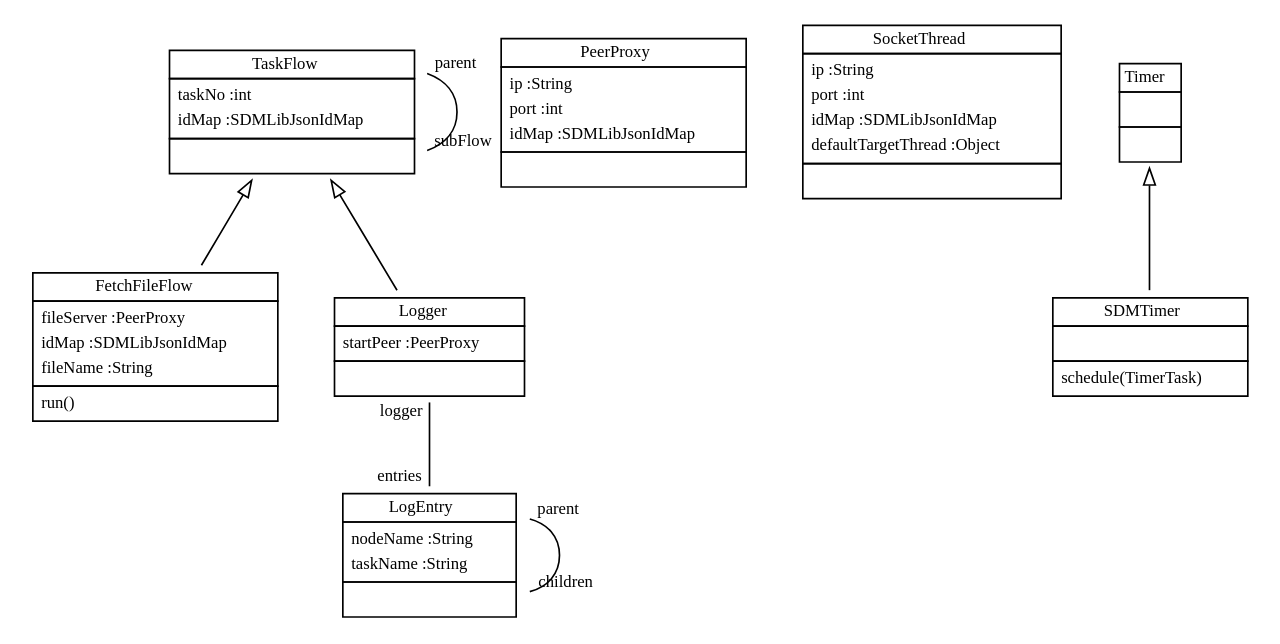
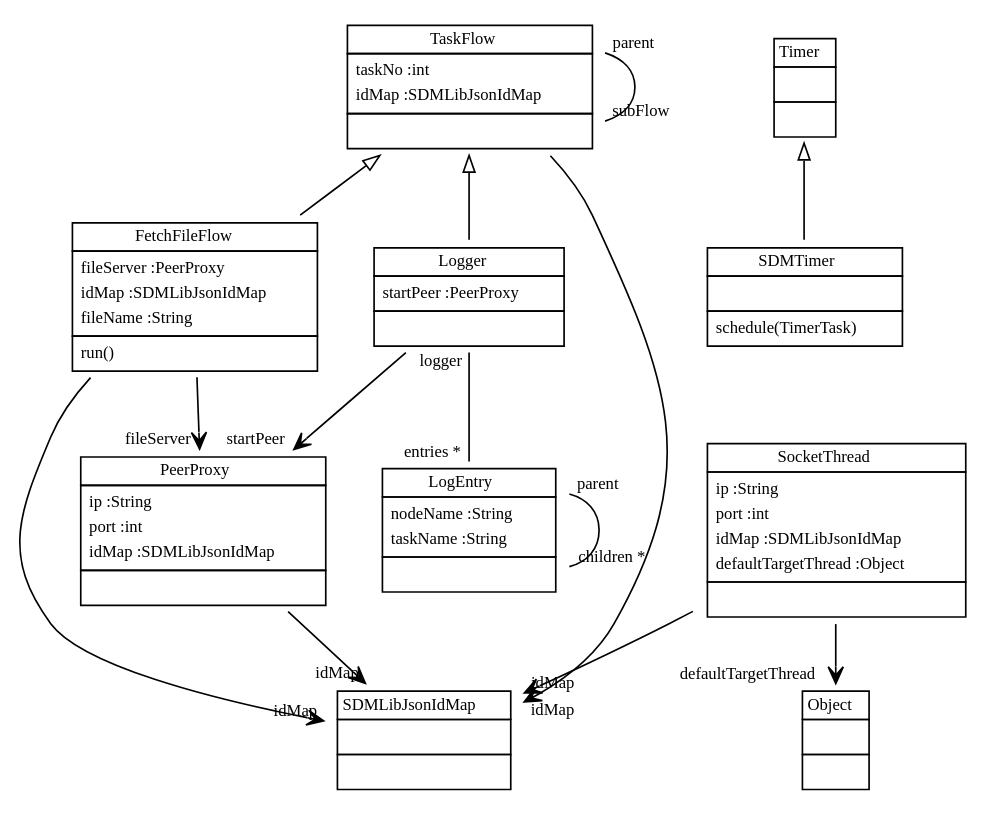
The diagram in doc/taskflowmodeldiag.dot (fujaba/SDMLib), drawn with Graphviz before and after one commit. The commit also changed 74 other files, not shown here.

```diff
--- a/doc/taskflowmodeldiag.dot
+++ b/doc/taskflowmodeldiag.dot
@@ -1,24 +1,33 @@
 
  digraph ClassDiagram {
     node [shape = none, fontsize = 10]; 
     edge [fontsize = 10];
     
     
     _TaskFlow [label=<<table border='0' cellborder='1' cellspacing='0'> <tr> <td HREF="../swtsrc/org/sdmlib/model/taskflows/TaskFlow.java">TaskFlow</td> </tr> <tr><td><table border='0' cellborder='0' cellspacing='0'> <tr><td align='left'>taskNo :int</td></tr> <tr><td align='left'>idMap :SDMLibJsonIdMap</td></tr>  </table></td></tr> <tr><td><table border='0' cellborder='0' cellspacing='0'> <tr><td> </td></tr> </table></td></tr> </table>>];
     _PeerProxy [label=<<table border='0' cellborder='1' cellspacing='0'> <tr> <td HREF="../swtsrc/org/sdmlib/model/taskflows/PeerProxy.java">PeerProxy</td> </tr> <tr><td><table border='0' cellborder='0' cellspacing='0'> <tr><td align='left'>ip :String</td></tr> <tr><td align='left'>port :int</td></tr> <tr><td align='left'>idMap :SDMLibJsonIdMap</td></tr>  </table></td></tr> <tr><td><table border='0' cellborder='0' cellspacing='0'> <tr><td> </td></tr> </table></td></tr> </table>>];
     _SocketThread [label=<<table border='0' cellborder='1' cellspacing='0'> <tr> <td HREF="../swtsrc/org/sdmlib/model/taskflows/SocketThread.java">SocketThread</td> </tr> <tr><td><table border='0' cellborder='0' cellspacing='0'> <tr><td align='left'>ip :String</td></tr> <tr><td align='left'>port :int</td></tr> <tr><td align='left'>idMap :SDMLibJsonIdMap</td></tr> <tr><td align='left'>defaultTargetThread :Object</td></tr>  </table></td></tr> <tr><td><table border='0' cellborder='0' cellspacing='0'> <tr><td> </td></tr> </table></td></tr> </table>>];
     _FetchFileFlow [label=<<table border='0' cellborder='1' cellspacing='0'> <tr> <td HREF="../swtsrc/org/sdmlib/model/taskflows/FetchFileFlow.java">FetchFileFlow</td> </tr> <tr><td><table border='0' cellborder='0' cellspacing='0'> <tr><td align='left'>fileServer :PeerProxy</td></tr> <tr><td align='left'>idMap :SDMLibJsonIdMap</td></tr> <tr><td align='left'>fileName :String</td></tr>  </table></td></tr> <tr><td><table border='0' cellborder='0' cellspacing='0'> <tr><td align='left'>run()</td></tr>  </table></td></tr> </table>>];
     _Logger [label=<<table border='0' cellborder='1' cellspacing='0'> <tr> <td HREF="../swtsrc/org/sdmlib/model/taskflows/Logger.java">Logger</td> </tr> <tr><td><table border='0' cellborder='0' cellspacing='0'> <tr><td align='left'>startPeer :PeerProxy</td></tr>  </table></td></tr> <tr><td><table border='0' cellborder='0' cellspacing='0'> <tr><td> </td></tr> </table></td></tr> </table>>];
     _LogEntry [label=<<table border='0' cellborder='1' cellspacing='0'> <tr> <td HREF="../swtsrc/org/sdmlib/model/taskflows/LogEntry.java">LogEntry</td> </tr> <tr><td><table border='0' cellborder='0' cellspacing='0'> <tr><td align='left'>nodeName :String</td></tr> <tr><td align='left'>taskName :String</td></tr>  </table></td></tr> <tr><td><table border='0' cellborder='0' cellspacing='0'> <tr><td> </td></tr> </table></td></tr> </table>>];
     _Timer [label=<<table border='0' cellborder='1' cellspacing='0'> <tr> <td HREF="../swtsrc/java/util/Timer.java">Timer</td> </tr> <tr><td><table border='0' cellborder='0' cellspacing='0'> <tr><td> </td></tr> </table></td></tr> <tr><td><table border='0' cellborder='0' cellspacing='0'> <tr><td> </td></tr> </table></td></tr> </table>>];
     _SDMTimer [label=<<table border='0' cellborder='1' cellspacing='0'> <tr> <td HREF="../swtsrc/org/sdmlib/model/taskflows/SDMTimer.java">SDMTimer</td> </tr> <tr><td><table border='0' cellborder='0' cellspacing='0'> <tr><td> </td></tr> </table></td></tr> <tr><td><table border='0' cellborder='0' cellspacing='0'> <tr><td align='left'>schedule(TimerTask)</td></tr>  </table></td></tr> </table>>];
+    _SDMLibJsonIdMap [label=<<table border='0' cellborder='1' cellspacing='0'> <tr> <td HREF="../swtsrc/org/sdmlib/serialization/json/SDMLibJsonIdMap.java">SDMLibJsonIdMap</td> </tr> <tr><td><table border='0' cellborder='0' cellspacing='0'> <tr><td> </td></tr> </table></td></tr> <tr><td><table border='0' cellborder='0' cellspacing='0'> <tr><td> </td></tr> </table></td></tr> </table>>];
+    _Object [label=<<table border='0' cellborder='1' cellspacing='0'> <tr> <td HREF="../swtsrc/org/sdmlib/model/taskflows/Object.java">Object</td> </tr> <tr><td><table border='0' cellborder='0' cellspacing='0'> <tr><td> </td></tr> </table></td></tr> <tr><td><table border='0' cellborder='0' cellspacing='0'> <tr><td> </td></tr> </table></td></tr> </table>>];
     
     
     
     _TaskFlow ->  _FetchFileFlow [dir = "back" arrowtail = "empty"];
     _TaskFlow ->  _Logger [dir = "back" arrowtail = "empty"];
     _Timer ->  _SDMTimer [dir = "back" arrowtail = "empty"];
     _TaskFlow -> _TaskFlow [headlabel = "subFlow" taillabel = "parent" arrowhead = "none" ];
-    _Logger -> _LogEntry [headlabel = "entries" taillabel = "logger" arrowhead = "none" ];
-    _LogEntry -> _LogEntry [headlabel = "children" taillabel = "parent" arrowhead = "none" ];
+    _Logger -> _LogEntry [headlabel = "entries *" taillabel = "logger" arrowhead = "none" ];
+    _LogEntry -> _LogEntry [headlabel = "children *" taillabel = "parent" arrowhead = "none" ];
+    _TaskFlow -> _SDMLibJsonIdMap [headlabel = "idMap" taillabel = "" arrowhead = "vee" ];
+    _PeerProxy -> _SDMLibJsonIdMap [headlabel = "idMap" taillabel = "" arrowhead = "vee" ];
+    _SocketThread -> _SDMLibJsonIdMap [headlabel = "idMap" taillabel = "" arrowhead = "vee" ];
+    _SocketThread -> _Object [headlabel = "defaultTargetThread" taillabel = "" arrowhead = "vee" ];
+    _FetchFileFlow -> _PeerProxy [headlabel = "fileServer" taillabel = "" arrowhead = "vee" ];
+    _FetchFileFlow -> _SDMLibJsonIdMap [headlabel = "idMap" taillabel = "" arrowhead = "vee" ];
+    _Logger -> _PeerProxy [headlabel = "startPeer" taillabel = "" arrowhead = "vee" ];
 }
```
